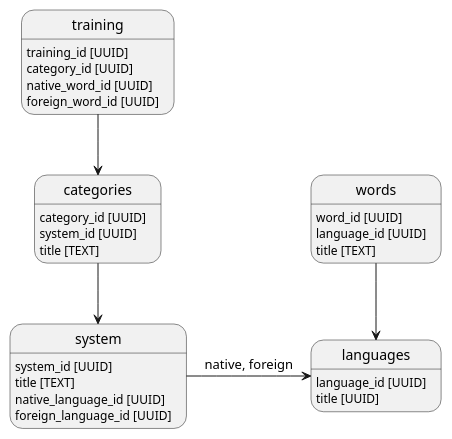
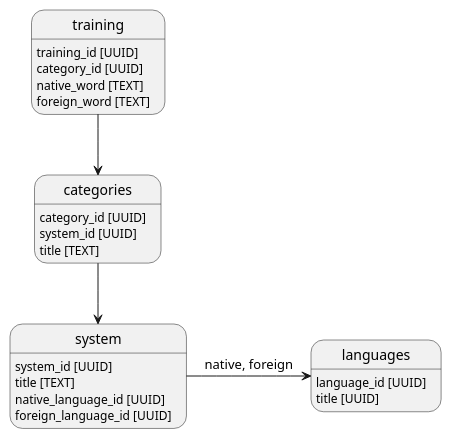
One commit to LingAny/data-access changed the diagram in src/database/schema.puml. Above: the diagram before and after it, drawn with PlantUML.

Commit message:
[WIP] fix database schema

```diff
--- a/src/database/schema.puml
+++ b/src/database/schema.puml
@@ -1,29 +1,23 @@
 @startuml
 
 languages: language_id [UUID]
 languages: title [UUID]
 
 system: system_id [UUID]
 system: title [TEXT]
 system: native_language_id [UUID]
 system: foreign_language_id [UUID]
 system -> languages: native, foreign
 
 categories: category_id [UUID]
 categories: system_id [UUID]
 categories: title [TEXT]
 categories --> system
 
-words: word_id [UUID]
-words: language_id [UUID]
-words: title [TEXT]
-words --> languages
-
-
 training: training_id [UUID]
 training: category_id [UUID]
-training: native_word_id [UUID]
-training: foreign_word_id [UUID]
+training: native_word [TEXT]
+training: foreign_word [TEXT]
 training --> categories
 
 @enduml
```
